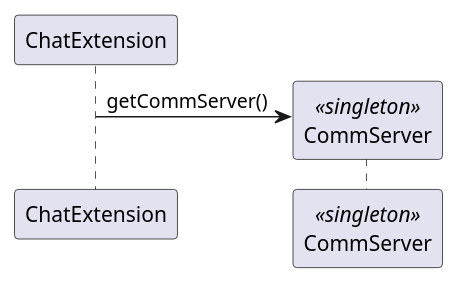
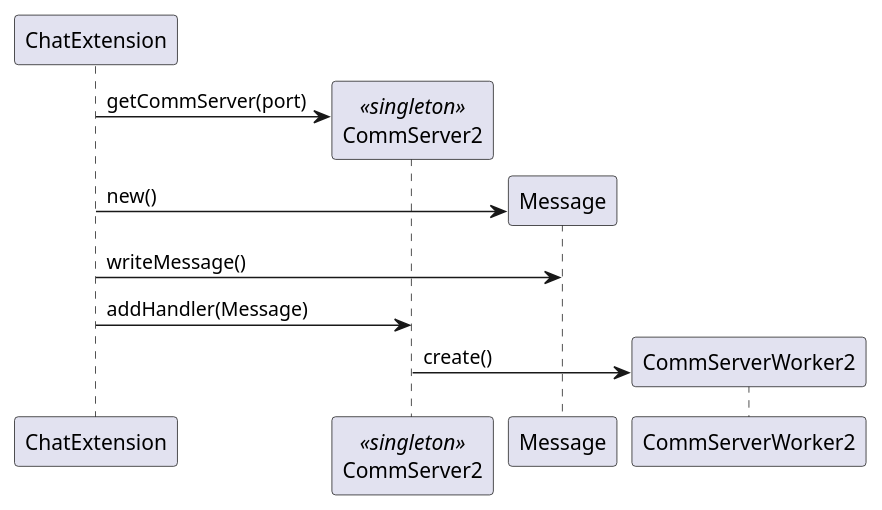
The diagram in src/main/java/lapr4/green/s1/ipc/n1140618/ChatApplication/ipc05.1_design.puml (PeFerreira98/ISEP.Lic.LAPR4_2017), drawn with PlantUML before and after one commit. The commit also changed 1 other file, not shown here.

Commit message:
#LAPR4E17DL-116 #comment desing done with diagram funcionais #time 2h

```diff
--- a/src/main/java/lapr4/green/s1/ipc/n1140618/ChatApplication/ipc05.1_design.puml
+++ b/src/main/java/lapr4/green/s1/ipc/n1140618/ChatApplication/ipc05.1_design.puml
@@ -1,12 +1,20 @@
 @startuml ipc05.1_design.png
 
 participant "ChatExtension"
-participant "CommServer" <<singleton>>
+participant "CommServer2" <<singleton>>
+participant "Message"
+participant "CommServerWorker2"
 
-create CommServer
-ChatExtension -> CommServer : getCommServer()
+create CommServer2
+ChatExtension -> CommServer2 : getCommServer(port)
 
+create Message
+ChatExtension -> Message : new()
+ChatExtension -> Message : writeMessage()
 
+ChatExtension -> CommServer2 : addHandler(Message)
 
+create CommServerWorker2
+CommServer2 -> CommServerWorker2 : create()
 
 @enduml
```
